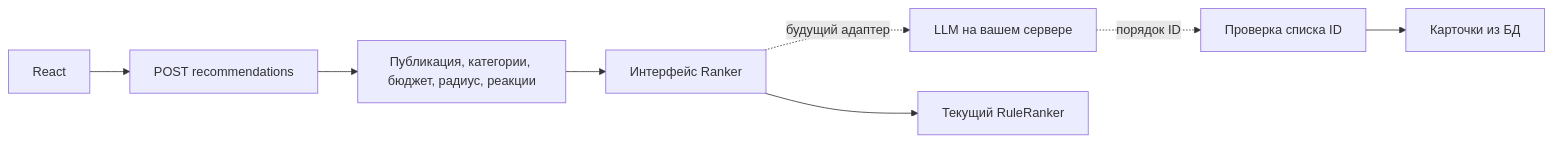
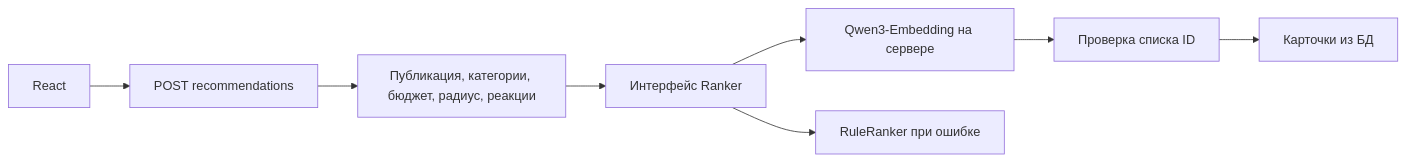
Before and after one commit to INaTeI/Kuda_Shodit_VL: the third of 3 diagrams in docs/import-api-architecture.md, drawn with Mermaid. The commit also changed other lines of this file and 10 other files, not shown here.

````diff
--- a/docs/import-api-architecture.md
+++ b/docs/import-api-architecture.md
@@ -73,10 +73,10 @@
 ```mermaid
 flowchart LR
     Front[React] --> API[POST recommendations]
     API --> Filter[Публикация, категории, бюджет, радиус, реакции]
     Filter --> Ranker[Интерфейс Ranker]
-    Ranker -. будущий адаптер .-> LLM[LLM на вашем сервере]
-    Ranker --> Rules[Текущий RuleRanker]
-    LLM -. порядок ID .-> Validate[Проверка списка ID]
+    Ranker --> Qwen[Qwen3-Embedding на сервере]
+    Ranker --> Rules[RuleRanker при ошибке]
+    Qwen --> Validate[Проверка списка ID]
     Validate --> Result[Карточки из БД]
 ```
````
